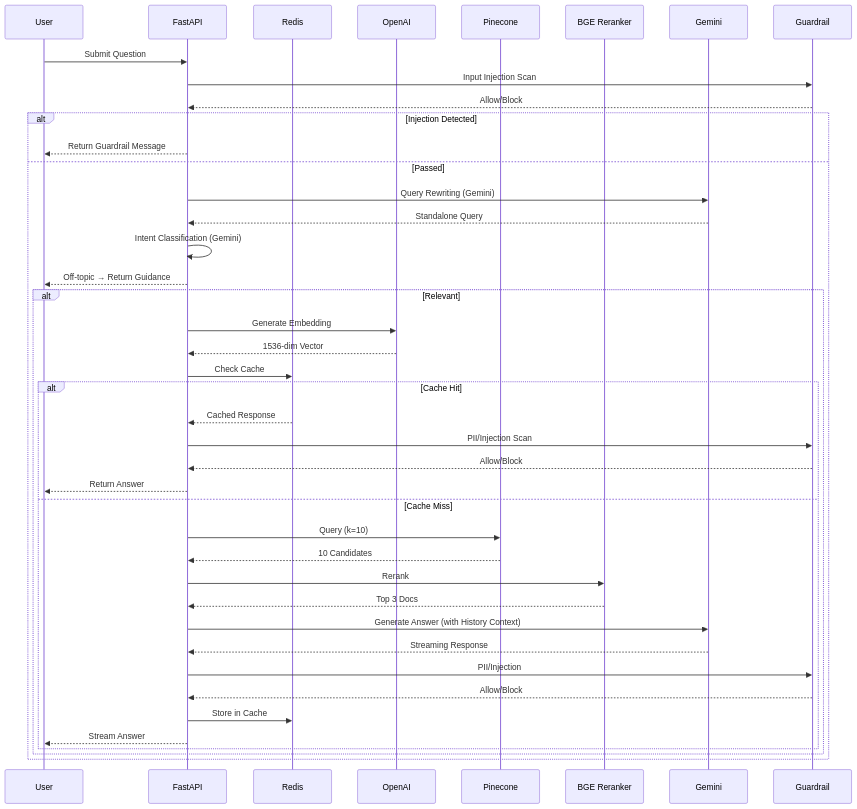
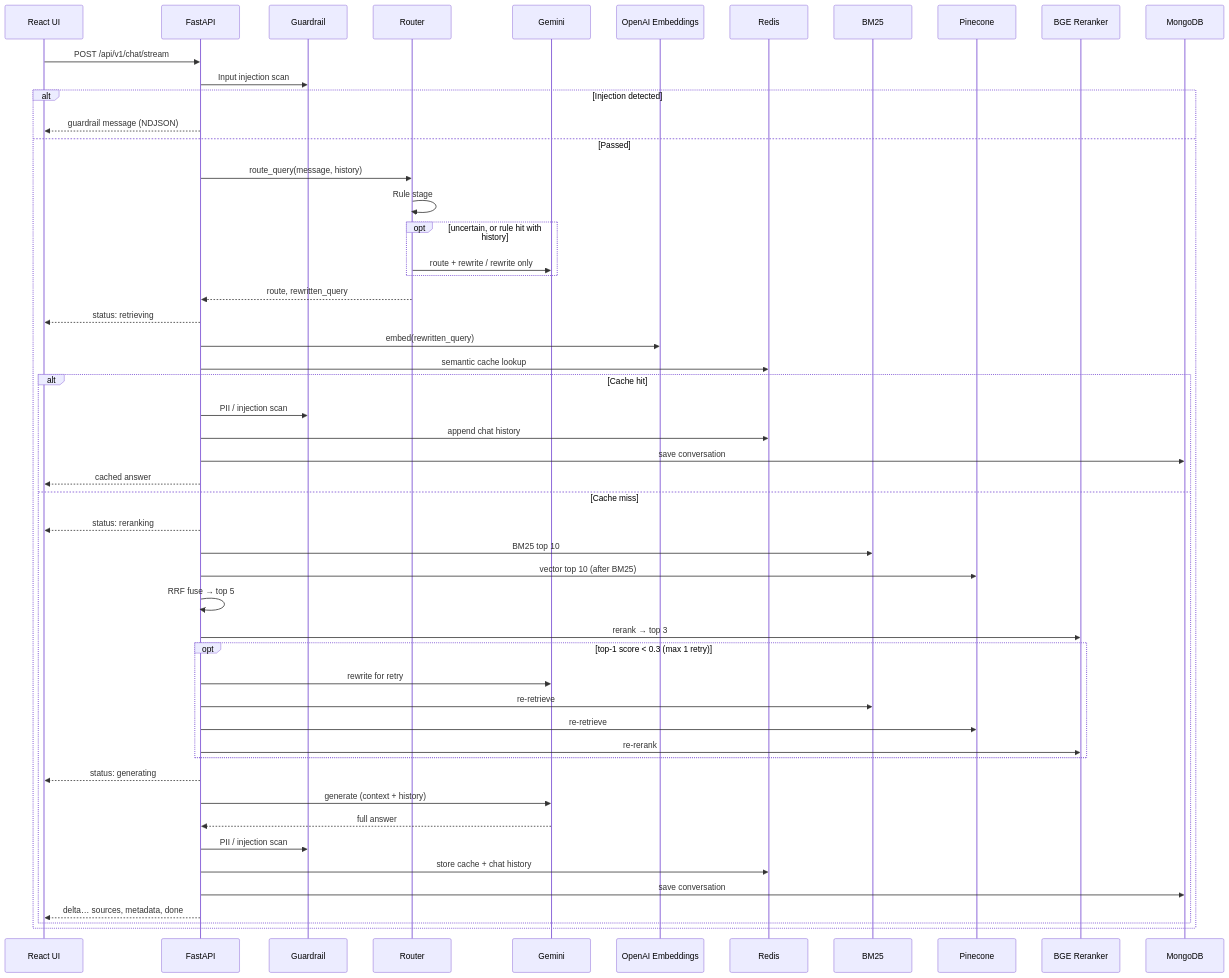
One commit to albertkingdom/rag-chatbot-demo changed the third of 4 diagrams in architecture.md. Above: the diagram before and after it, drawn with Mermaid. The commit also changed other lines of this file and 4 other files, not shown here.

First line of the commit message:
docs: align architecture docs with current RAG implementation

````diff
--- a/architecture.md
+++ b/architecture.md
@@ -169,48 +143,55 @@
 ```mermaid
 sequenceDiagram
-    participant U as User
+    participant U as React UI
     participant F as FastAPI
+    participant GR as Guardrail
+    participant RT as Router
+    participant G as Gemini
+    participant O as OpenAI Embeddings
     participant R as Redis
-    participant O as OpenAI
+    participant B as BM25
     participant P as Pinecone
-    participant B as BGE Reranker
-    participant G as Gemini
-    participant GR as Guardrail
+    participant RR as BGE Reranker
+    participant M as MongoDB
 
-    U->>F: Submit Question
-    F->>GR: Input Injection Scan
-    GR-->>F: Allow/Block
-
-    alt Injection Detected
-        F-->>U: Return Guardrail Message
+    U->>F: POST /api/v1/chat/stream
+    F->>GR: Input injection scan
+    alt Injection detected
+        F-->>U: guardrail message (NDJSON)
     else Passed
-        F->>G: Query Rewriting (Gemini)
-        G-->>F: Standalone Query
-        F->>F: Intent Classification (Gemini)
-        F-->>U: Off-topic → Return Guidance
-
-        alt Relevant
-            F->>O: Generate Embedding
-            O-->>F: 1536-dim Vector
-            F->>R: Check Cache
-
-            alt Cache Hit
-                R-->>F: Cached Response
-                F->>GR: PII/Injection Scan
-                GR-->>F: Allow/Block
-                F-->>U: Return Answer
-            else Cache Miss
-                F->>P: Query (k=10)
-                P-->>F: 10 Candidates
-                F->>B: Rerank
-                B-->>F: Top 3 Docs
-                F->>G: Generate Answer (with History Context)
-                G-->>F: Streaming Response
-                F->>GR: PII/Injection
-                GR-->>F: Allow/Block
-                F->>R: Store in Cache
-                F-->>U: Stream Answer
+        F->>RT: route_query(message, history)
+        RT->>RT: Rule stage
+        opt uncertain, or rule hit with history
+            RT->>G: route + rewrite / rewrite only
+        end
+        RT-->>F: route, rewritten_query
+        F-->>U: status: retrieving
+        F->>O: embed(rewritten_query)
+        F->>R: semantic cache lookup
+        alt Cache hit
+            F->>GR: PII / injection scan
+            F->>R: append chat history
+            F->>M: save conversation
+            F-->>U: cached answer
+        else Cache miss
+            F-->>U: status: reranking
+            F->>B: BM25 top 10
+            F->>P: vector top 10 (after BM25)
+            F->>F: RRF fuse → top 5
+            F->>RR: rerank → top 3
+            opt top-1 score < 0.3 (max 1 retry)
+                F->>G: rewrite for retry
+                F->>B: re-retrieve
+                F->>P: re-retrieve
+                F->>RR: re-rerank
             end
+            F-->>U: status: generating
+            F->>G: generate (context + history)
+            G-->>F: full answer
+            F->>GR: PII / injection scan
+            F->>R: store cache + chat history
+            F->>M: save conversation
+            F-->>U: delta… sources, metadata, done
         end
     end
 ```
````
